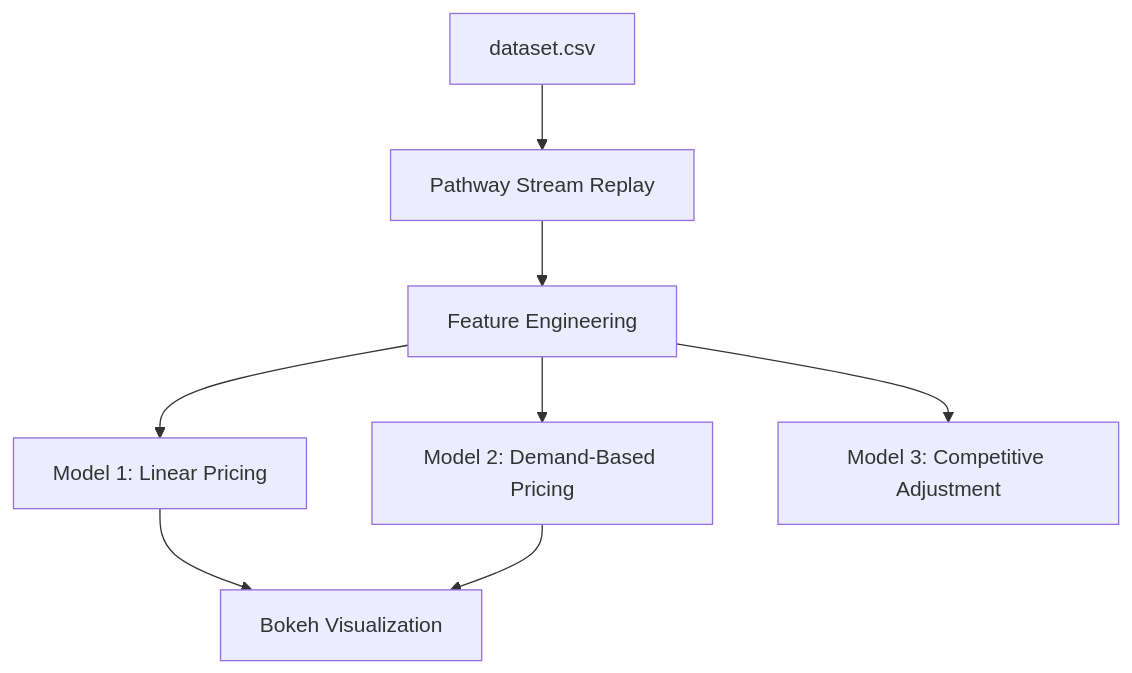
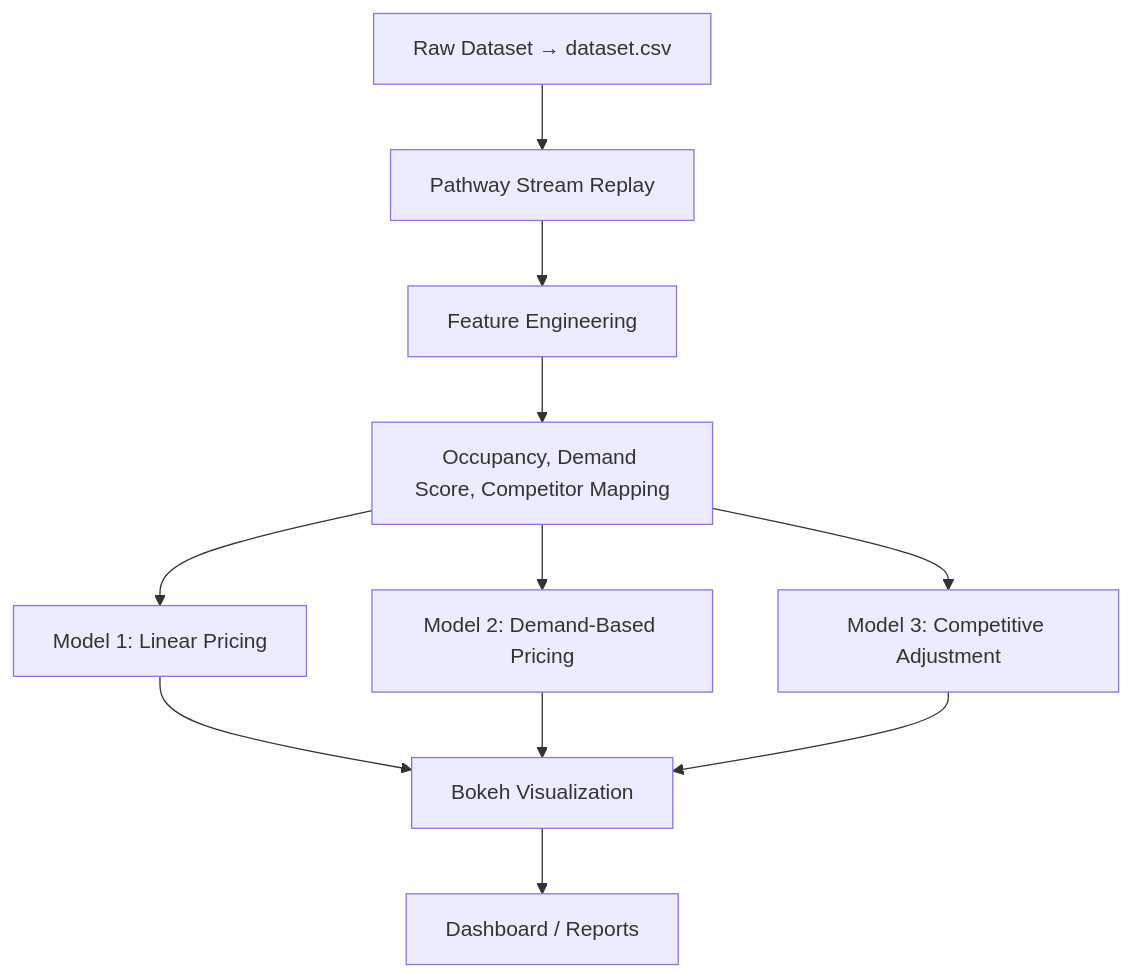
One commit to aarabhim06/DynamicParkingPricing changed the diagram in README.md. Above: the diagram before and after it, drawn with Mermaid. The commit also changed other lines of this file, not shown here.

````diff
--- a/README.md
+++ b/README.md
@@ -27,10 +30,13 @@
 ```mermaid
 graph TD
-  A[dataset.csv] --> B[Pathway Stream Replay]
+  A[Raw Dataset → dataset.csv] --> B[Pathway Stream Replay]
   B --> C[Feature Engineering]
-  C --> D1[Model 1: Linear Pricing]
-  C --> D2[Model 2: Demand-Based Pricing]
-  C --> D3[Model 3: Competitive Adjustment]
-  D1 --> E[Bokeh Visualization]
-  D2 --> E
+  C --> D[Occupancy, Demand Score, Competitor Mapping]
+  D --> E1[Model 1: Linear Pricing]
+  D --> E2[Model 2: Demand-Based Pricing]
+  D --> E3[Model 3: Competitive Adjustment]
+  E1 --> F[Bokeh Visualization]
+  E2 --> F
+  E3 --> F
+  F --> G[Dashboard / Reports] 
 ```
````
